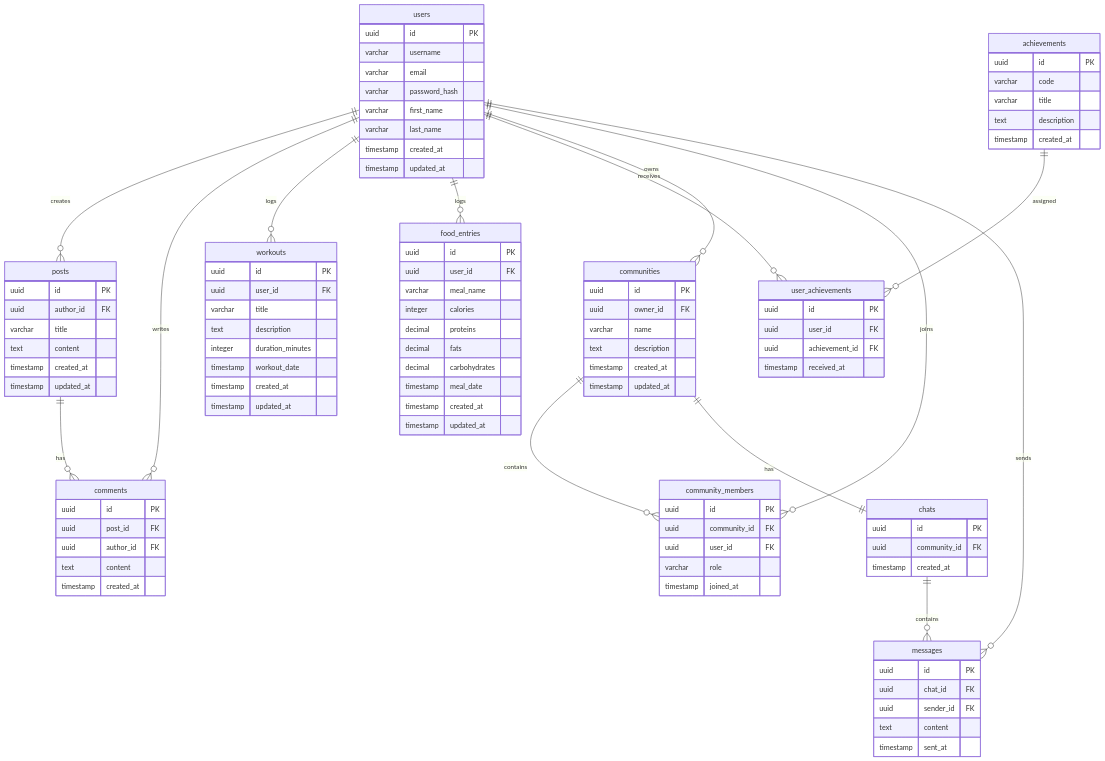
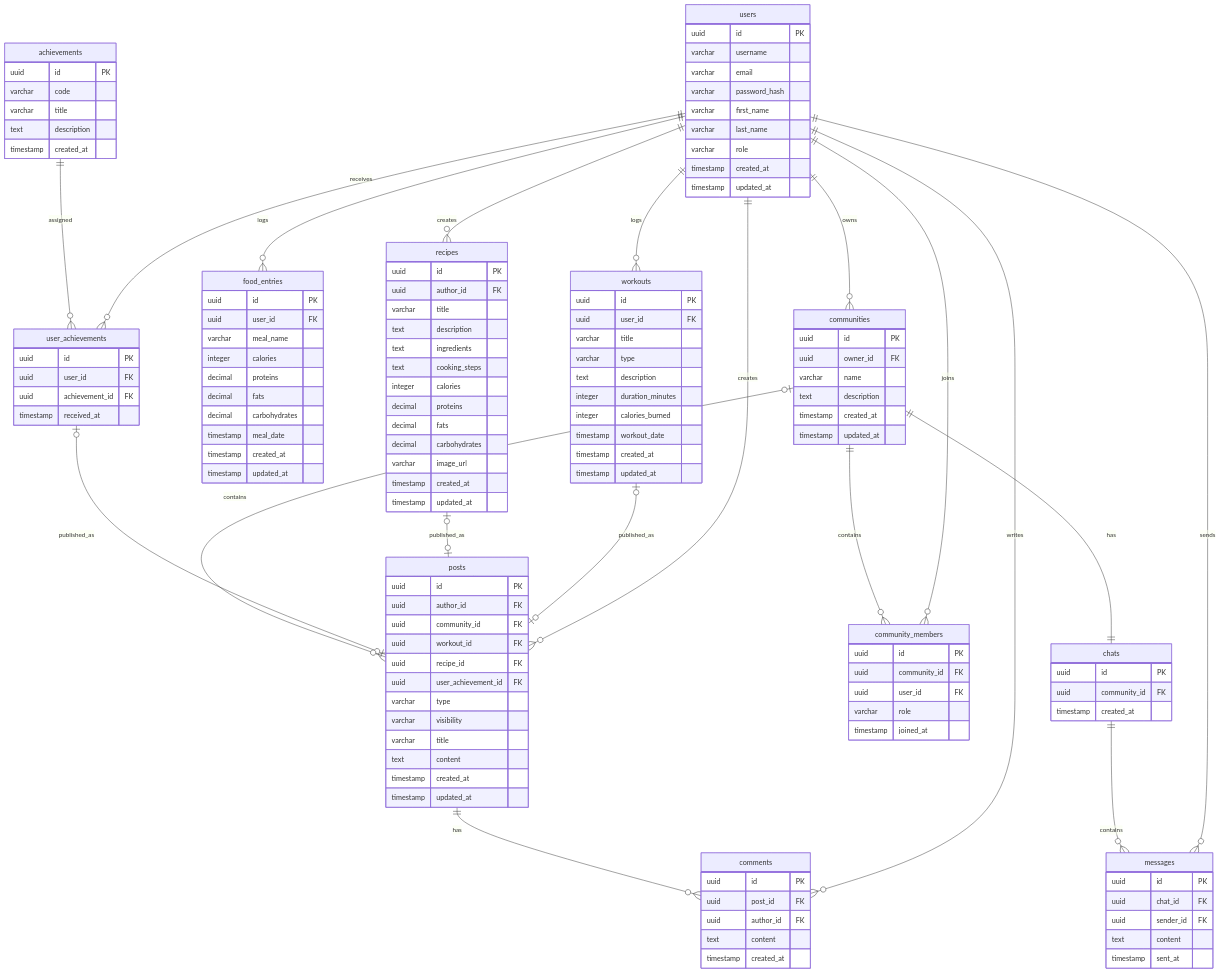
The diagram in docs/er-diagram.md (Boogyy/T-Health), drawn with Mermaid before and after one commit. The commit also changed other lines of this file and 3 other files, not shown here.

```diff
--- a/docs/er-diagram.md
+++ b/docs/er-diagram.md
@@ -38,17 +49,23 @@
     users ||--o{ comments : writes
     users ||--o{ workouts : logs
     users ||--o{ food_entries : logs
+    users ||--o{ recipes : creates
     users ||--o{ user_achievements : receives
     users ||--o{ communities : owns
     users ||--o{ community_members : joins
     users ||--o{ messages : sends
 
     posts ||--o{ comments : has
+    
+    workouts |o--o| posts : published_as
+    recipes |o--o| posts : published_as
+    user_achievements |o--o| posts : published_as
 
     achievements ||--o{ user_achievements : assigned
 
     communities ||--o{ community_members : contains
     communities ||--|| chats : has
+    communities |o--o{ posts : contains
 
     chats ||--o{ messages : contains
 
@@ -59,6 +76,7 @@
         varchar password_hash
         varchar first_name
         varchar last_name
+        varchar role
         timestamp created_at
         timestamp updated_at
     }
@@ -66,6 +84,12 @@
     posts {
         uuid id PK
         uuid author_id FK
+        uuid community_id FK
+        uuid workout_id FK
+        uuid recipe_id FK
+        uuid user_achievement_id FK
+        varchar type
+        varchar visibility
         varchar title
         text content
         timestamp created_at
@@ -84,8 +108,10 @@
         uuid id PK
         uuid user_id FK
         varchar title
+        varchar type
         text description
         integer duration_minutes
+        integer calories_burned
         timestamp workout_date
         timestamp created_at
         timestamp updated_at
@@ -100,6 +126,22 @@
         decimal fats
         decimal carbohydrates
         timestamp meal_date
+        timestamp created_at
+        timestamp updated_at
+    }
+    
+    recipes {
+        uuid id PK
+        uuid author_id FK
+        varchar title
+        text description
+        text ingredients
+        text cooking_steps
+        integer calories
+        decimal proteins
+        decimal fats
+        decimal carbohydrates
+        varchar image_url
         timestamp created_at
         timestamp updated_at
     }
```
